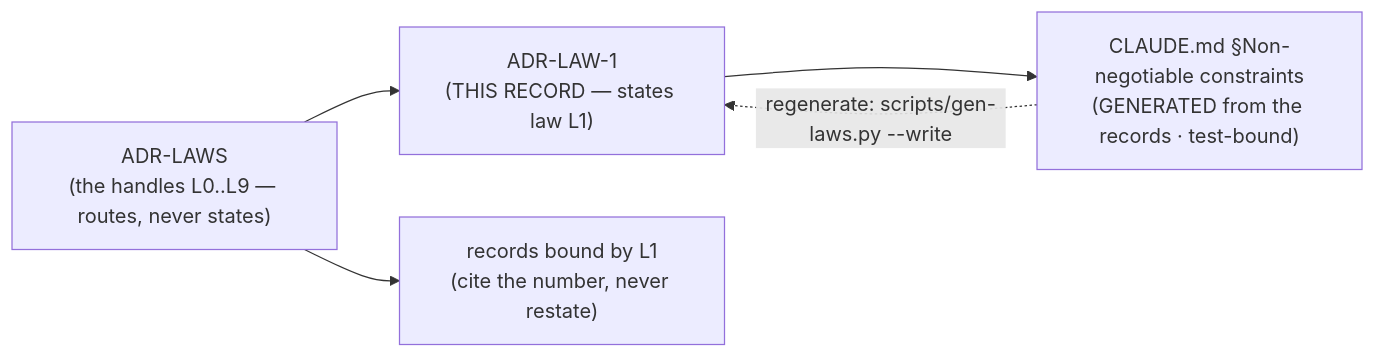
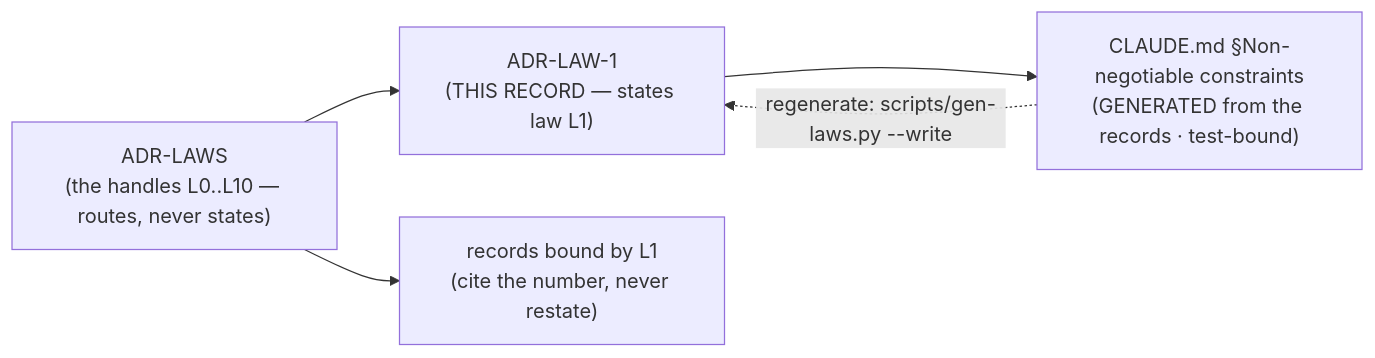
One commit to arpitarya/fux changed the diagram in docs/adr/0003_LAW-1-zero-cost.md. Above: the diagram before and after it, drawn with Mermaid. The commit also changed other lines of this file and 116 other files, not shown here.

````diff
--- a/docs/adr/0003_LAW-1-zero-cost.md
+++ b/docs/adr/0003_LAW-1-zero-cost.md
@@ -61,11 +61,11 @@
 ```mermaid
 flowchart LR
     R["ADR-LAW-1<br/>(THIS RECORD — states law L1)"]
-    N["ADR-LAWS<br/>(the handles L0..L9 — routes, never states)"]
+    N["ADR-LAWS<br/>(the handles L0..L10 — routes, never states)"]
     C["CLAUDE.md §Non-negotiable constraints<br/>(GENERATED from the records · test-bound)"]
     B["records bound by L1<br/>(cite the number, never restate)"]
     R --> C
     N --> R
     N --> B
     C -. "regenerate: scripts/gen-laws.py --write" .-> R
 ```
````
